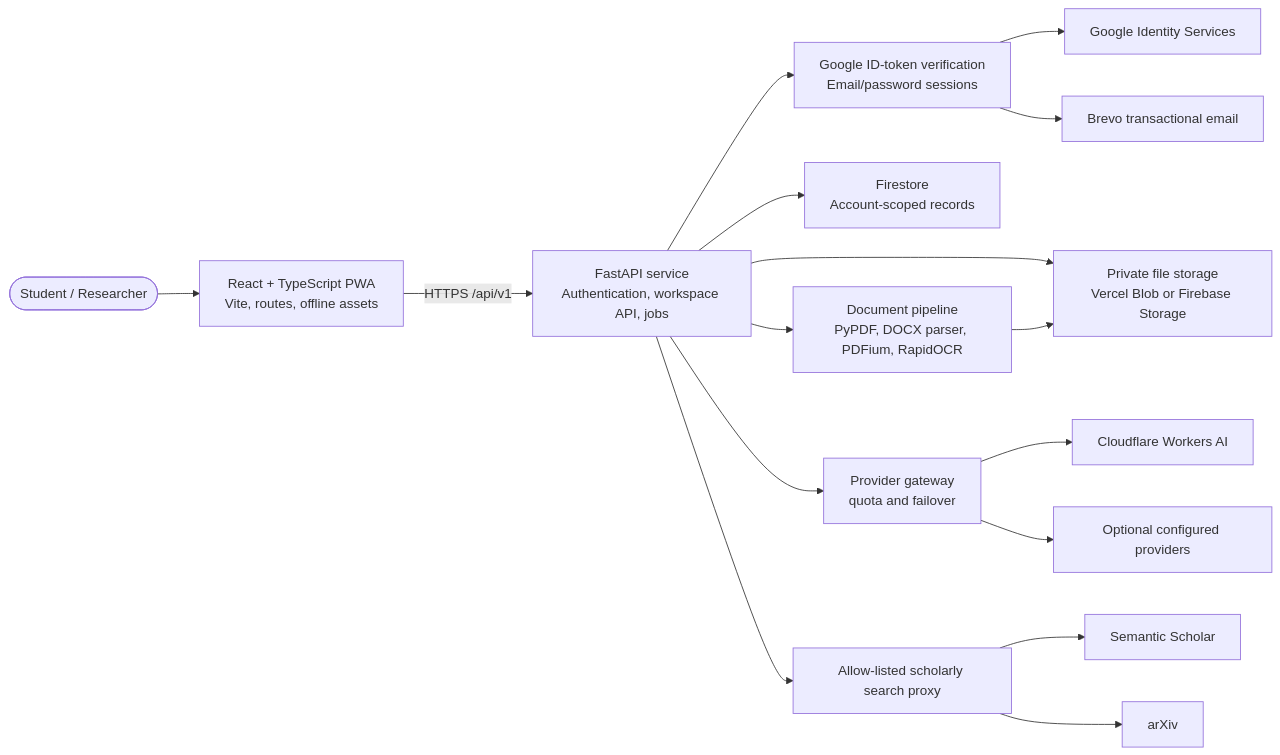
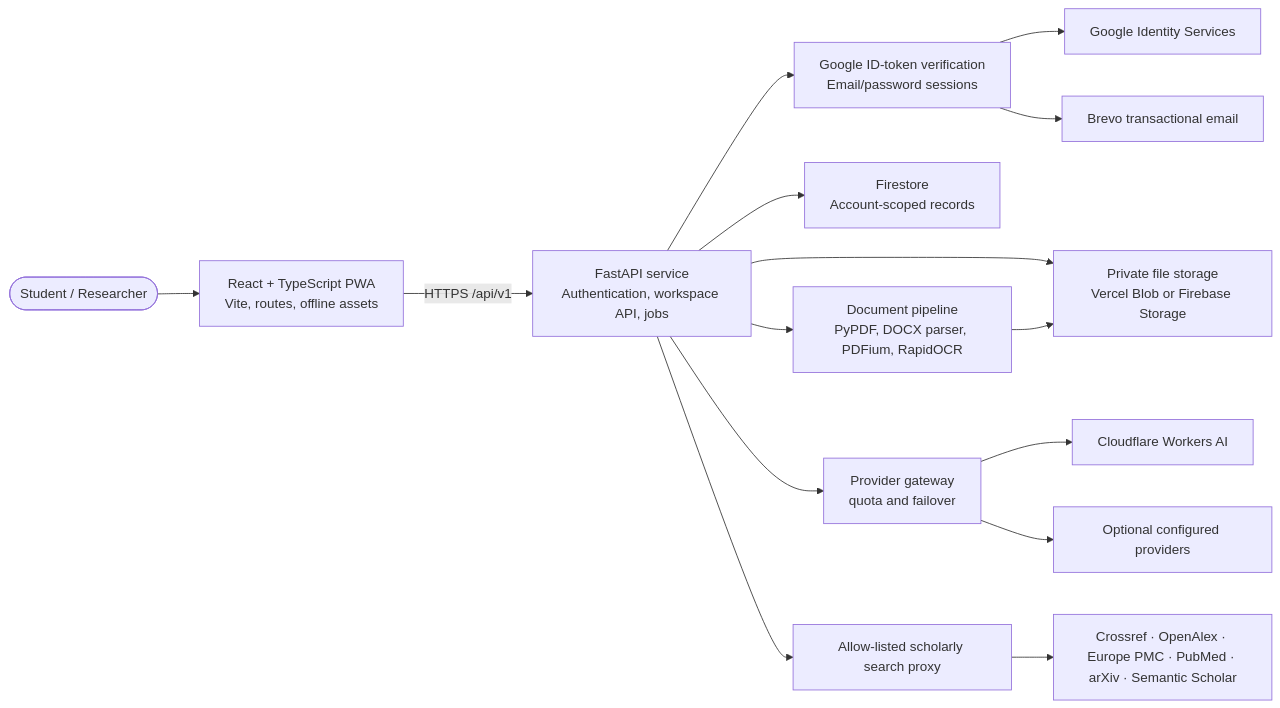
The third of 4 diagrams in README.md (Zaitonic/CdMento), drawn with Mermaid before and after one commit. The commit also changed other lines of this file, not shown here.

Commit message:
docs(readme): document live app and MentoSearch workflow

````diff
--- a/README.md
+++ b/README.md
@@ -260,22 +269,21 @@
 ```mermaid
 flowchart LR
     user([Student / Researcher]) --> pwa[React + TypeScript PWA\nVite, routes, offline assets]
     pwa -->|HTTPS /api/v1| api[FastAPI service\nAuthentication, workspace API, jobs]
 
     api --> auth[Google ID-token verification\nEmail/password sessions]
     auth --> google[Google Identity Services]
     auth --> brevo[Brevo transactional email]
 
     api --> data[Firestore\nAccount-scoped records]
     api --> files[Private file storage\nVercel Blob or Firebase Storage]
     api --> docs[Document pipeline\nPyPDF, DOCX parser, PDFium, RapidOCR]
     docs --> files
 
     api --> ai[Provider gateway\nquota and failover]
     ai --> cloudflare[Cloudflare Workers AI]
     ai --> optionalAI[Optional configured providers]
 
     api --> search[Allow-listed scholarly search proxy]
-    search --> semantic[Semantic Scholar]
-    search --> arxiv[arXiv]
+    search --> indexes[Crossref · OpenAlex · Europe PMC · PubMed · arXiv · Semantic Scholar]
 ```
````
